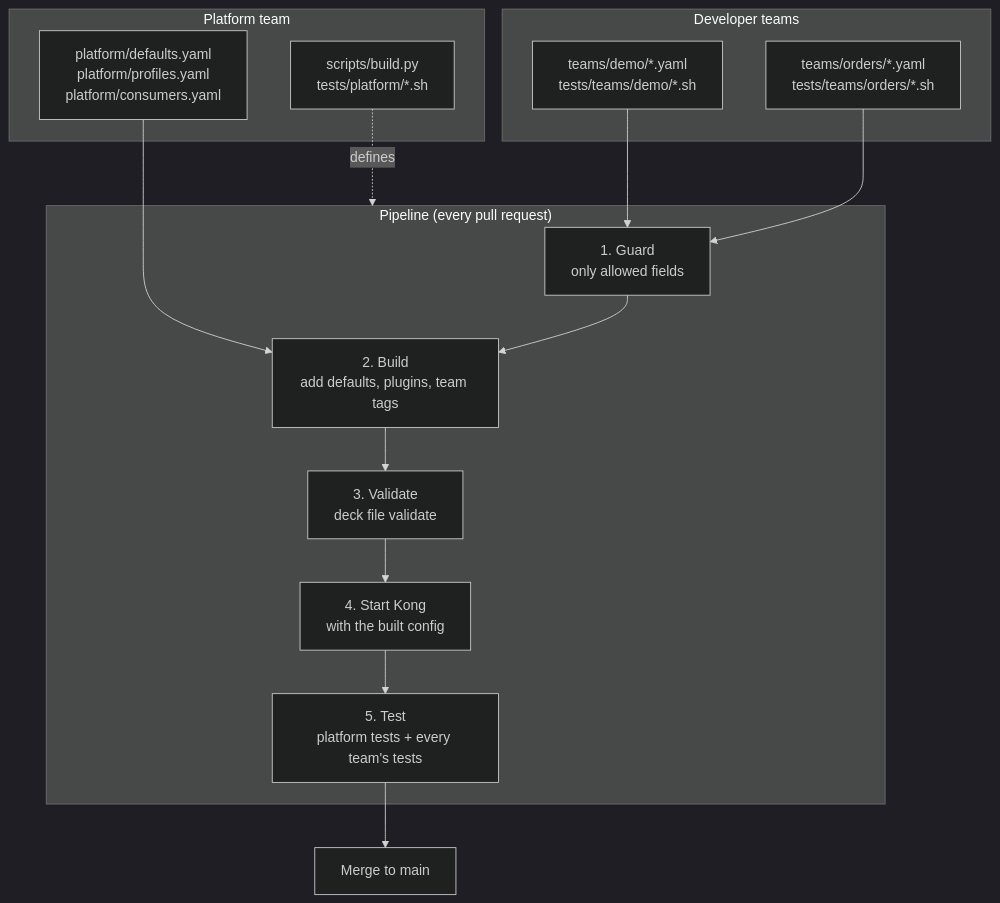
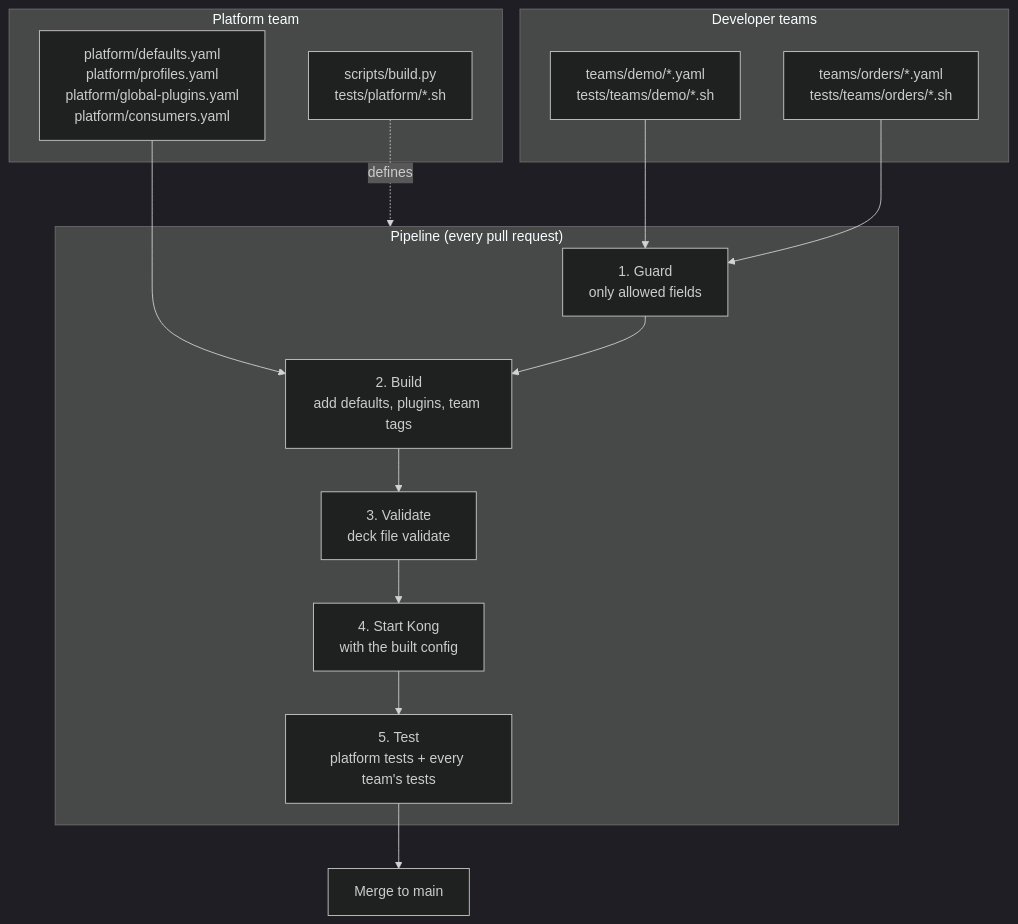
Before and after one commit to YasirRamadan1/kong-ci-demo: the diagram in README.md, drawn with Mermaid (dark theme). The commit also changed other lines of this file and 5 other files, not shown here.

Commit message:
Platform: rate limiting on private routes, global request id

````diff
--- a/README.md
+++ b/README.md
@@ -17,26 +18,26 @@
 ```mermaid
 flowchart TB
     subgraph DEV["Developer teams"]
         T1["teams/demo/*.yaml<br/>tests/teams/demo/*.sh"]
         T2["teams/orders/*.yaml<br/>tests/teams/orders/*.sh"]
     end
 
     subgraph PLAT["Platform team"]
-        P["platform/defaults.yaml<br/>platform/profiles.yaml<br/>platform/consumers.yaml"]
+        P["platform/defaults.yaml<br/>platform/profiles.yaml<br/>platform/global-plugins.yaml<br/>platform/consumers.yaml"]
         S["scripts/build.py<br/>tests/platform/*.sh"]
     end
 
     T1 --> G
     T2 --> G
     P --> B
     S -. defines .-> CI
 
     subgraph CI["Pipeline (every pull request)"]
         G["1. Guard<br/>only allowed fields"] --> B["2. Build<br/>add defaults, plugins, team tags"]
         B --> V["3. Validate<br/>deck file validate"]
         V --> K["4. Start Kong<br/>with the built config"]
         K --> R["5. Test<br/>platform tests + every team's tests"]
     end
 
     R --> M["Merge to main"]
 ```
````
